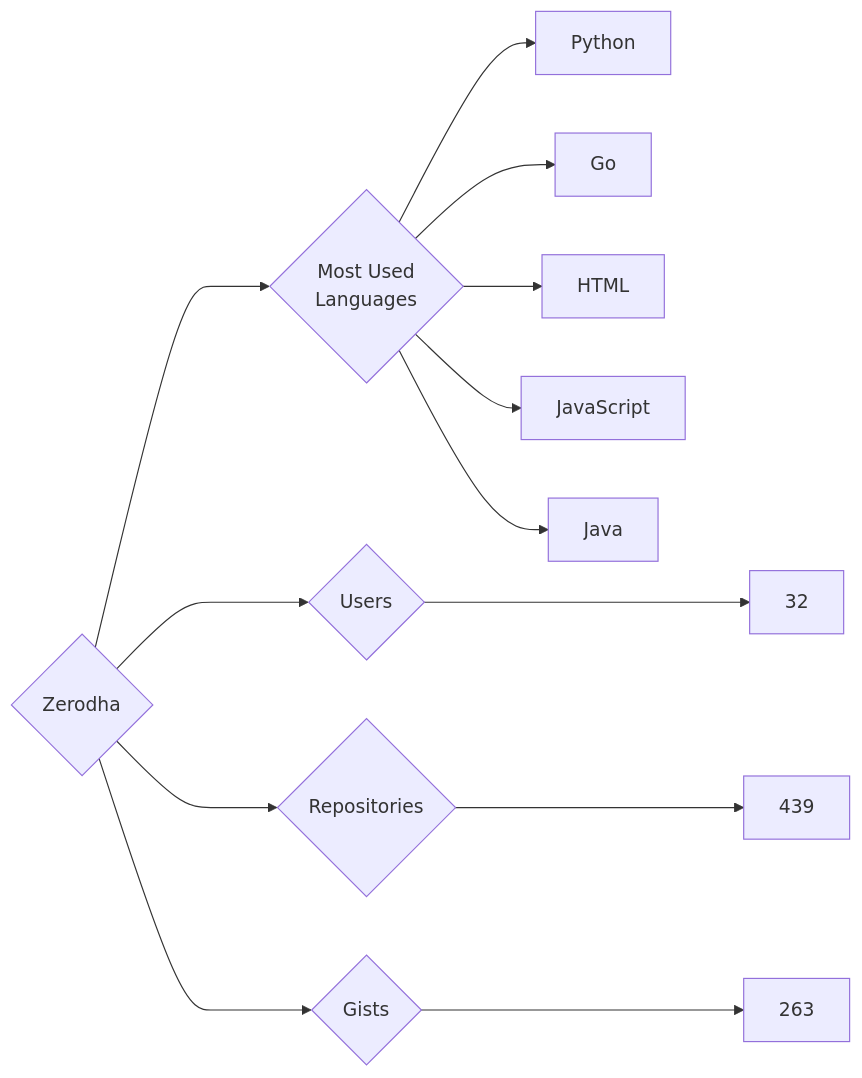
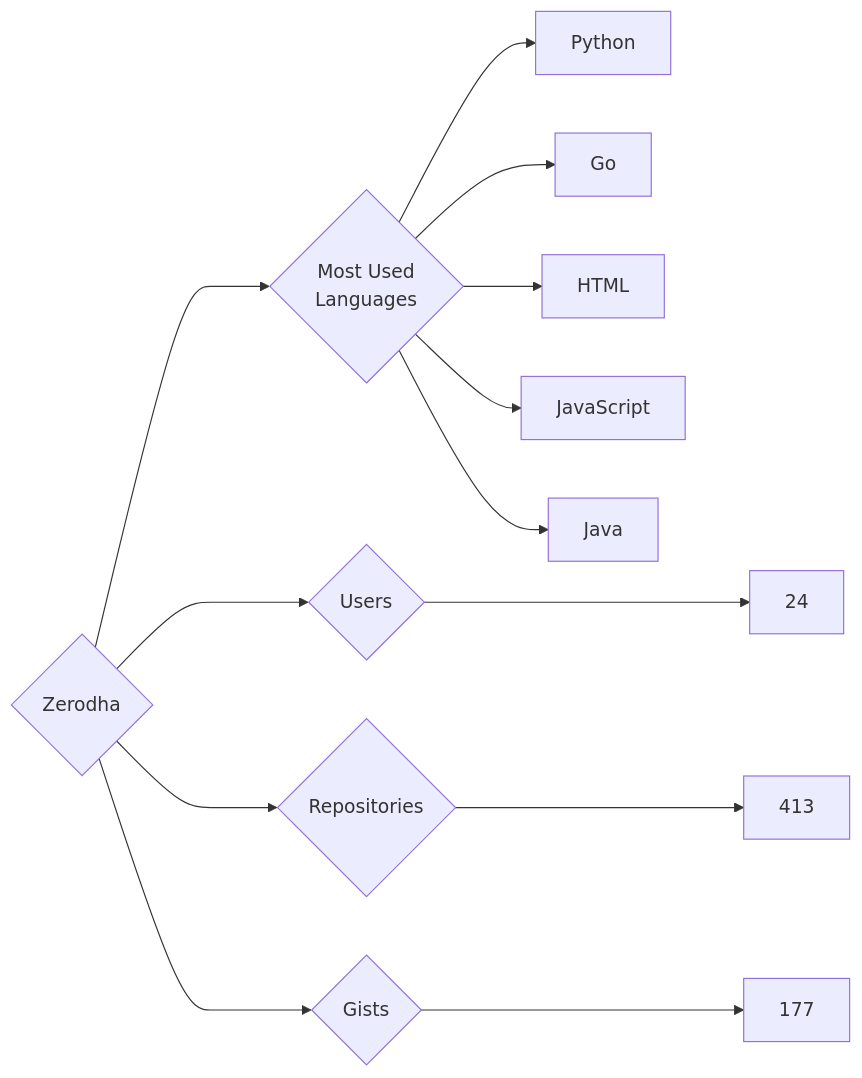
One commit to trickest/insiders changed the diagram in targets/Zerodha/README.md. Above: the diagram before and after it, drawn with Mermaid. The commit also changed 1484 other files, not shown here.

````diff
--- a/targets/Zerodha/README.md
+++ b/targets/Zerodha/README.md
@@ -3,13 +3,13 @@
 ```mermaid
 graph LR
 COMPANY_NAME{Zerodha}
-COMPANY_NAME ---> U{Users} ---> UN[32]
-COMPANY_NAME ---> R{Repositories} ---> RN[439]
-COMPANY_NAME ---> G{Gists} ---> GN[263]
+COMPANY_NAME ---> U{Users} ---> UN[24]
+COMPANY_NAME ---> R{Repositories} ---> RN[413]
+COMPANY_NAME ---> G{Gists} ---> GN[177]
 COMPANY_NAME ---> ML{Most Used<br>Languages}
 ML --> Python[Python]
 ML --> Go[Go]
 ML --> HTML[HTML]
 ML --> JavaScript[JavaScript]
 ML --> Java[Java]
 ```
````
